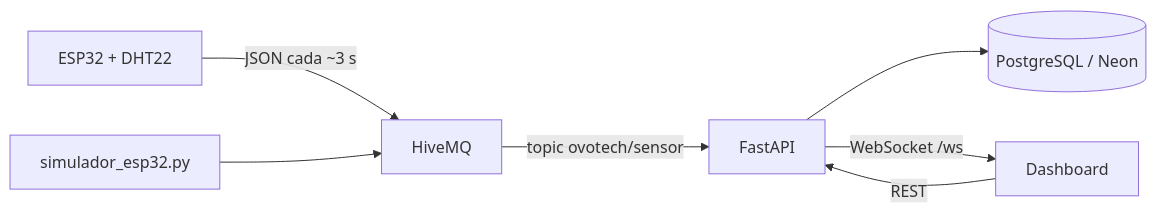
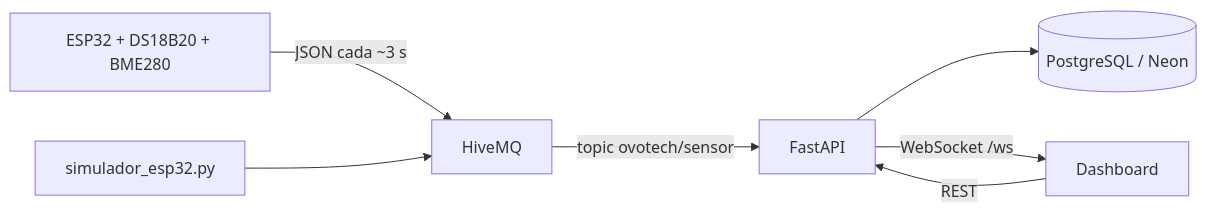
One commit to p0ct4/OVOTECH changed the diagram in README.md. Above: the diagram before and after it, drawn with Mermaid. The commit also changed other lines of this file and 1 other file, not shown here.

Commit message:
cambios realizados para utilizar sonda junto al bme280

````diff
--- a/README.md
+++ b/README.md
@@ -9,9 +9,9 @@
 ```mermaid
 flowchart LR
-    ESP32[ESP32 + DHT22] -->|JSON cada ~3 s| MQTT[HiveMQ]
+    ESP32[ESP32 + DS18B20 + BME280] -->|JSON cada ~3 s| MQTT[HiveMQ]
     SIM[simulador_esp32.py] --> MQTT
     MQTT -->|topic ovotech/sensor| API[FastAPI]
     API --> DB[(PostgreSQL / Neon)]
     API -->|WebSocket /ws| WEB[Dashboard]
     WEB -->|REST| API
 ```
````
